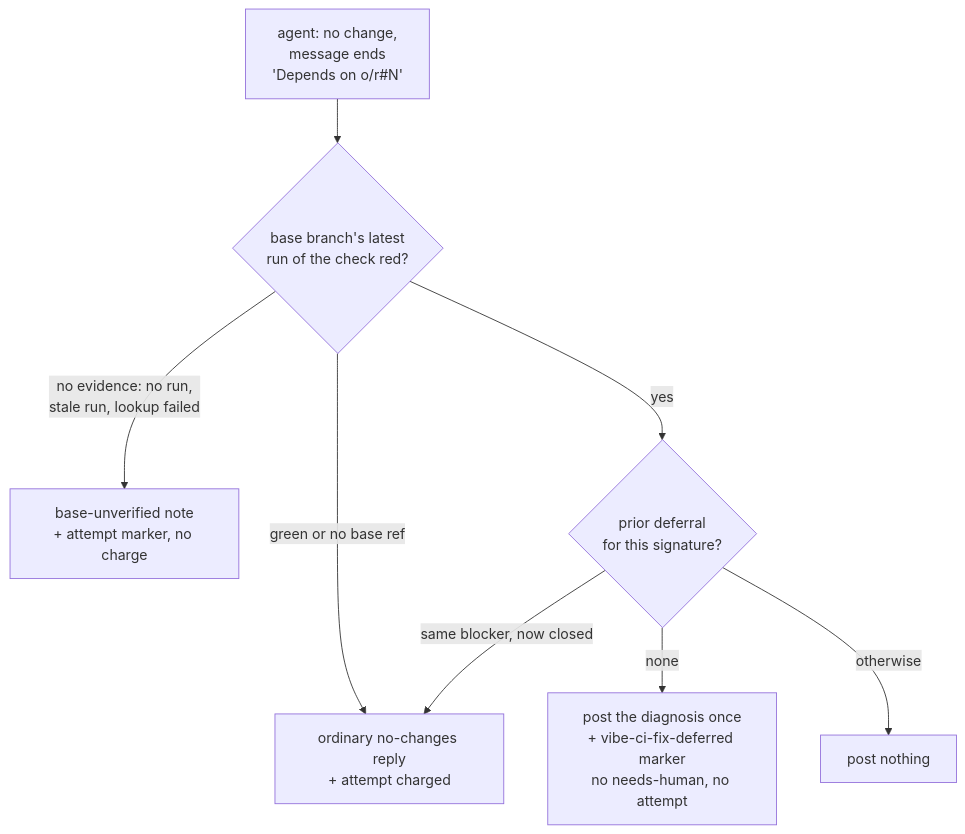
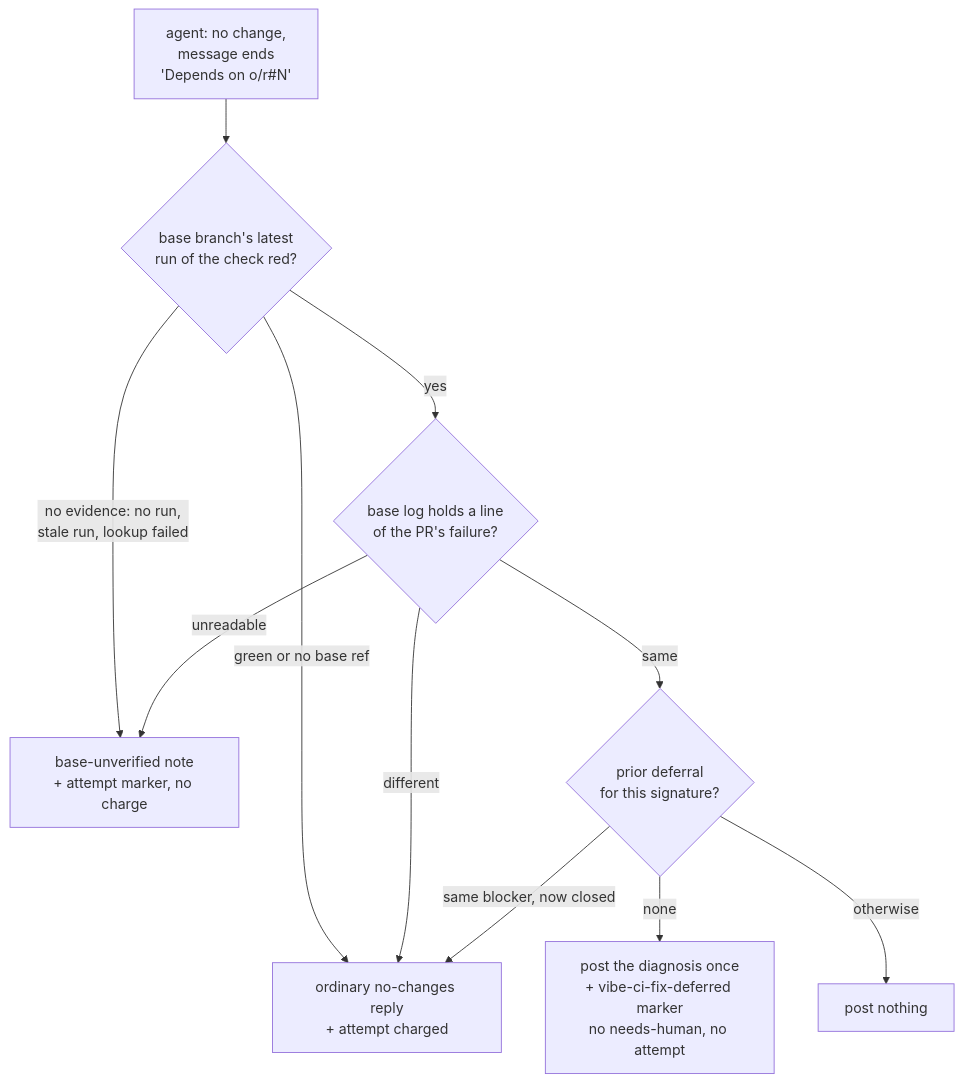
Before and after one commit to stSoftwareAU/VibeCoder: the fifth of 8 diagrams in docs/workflows/ci-fix.md, drawn with Mermaid. The commit also changed other lines of this file and 8 other files, not shown here.

First line of the commit message:
CI-fix base deferral: require the red base run to show the PR's own failure (Issue #4680)

````diff
--- a/docs/workflows/ci-fix.md
+++ b/docs/workflows/ci-fix.md
@@ -612,10 +640,13 @@
 ```mermaid
 flowchart TD
     A["agent: no change,<br/>message ends<br/>'Depends on o/r#N'"] --> B{"base branch's latest<br/>run of the check red?"}
     B -->|"green or no base ref"| D["ordinary no-changes reply<br/>+ attempt charged"]
     B -->|"no evidence: no run,<br/>stale run, lookup failed"| U["base-unverified note<br/>+ attempt marker, no charge"]
-    B -->|yes| P{"prior deferral<br/>for this signature?"}
+    B -->|yes| S{"base log holds a line<br/>of the PR's failure?"}
+    S -->|same| P{"prior deferral<br/>for this signature?"}
+    S -->|different| D
+    S -->|unreadable| U
     P -->|none| C["post the diagnosis once<br/>+ vibe-ci-fix-deferred marker<br/>no needs-human, no attempt"]
     P -->|"same blocker, now closed"| D
     P -->|otherwise| N["post nothing"]
 ```
````
